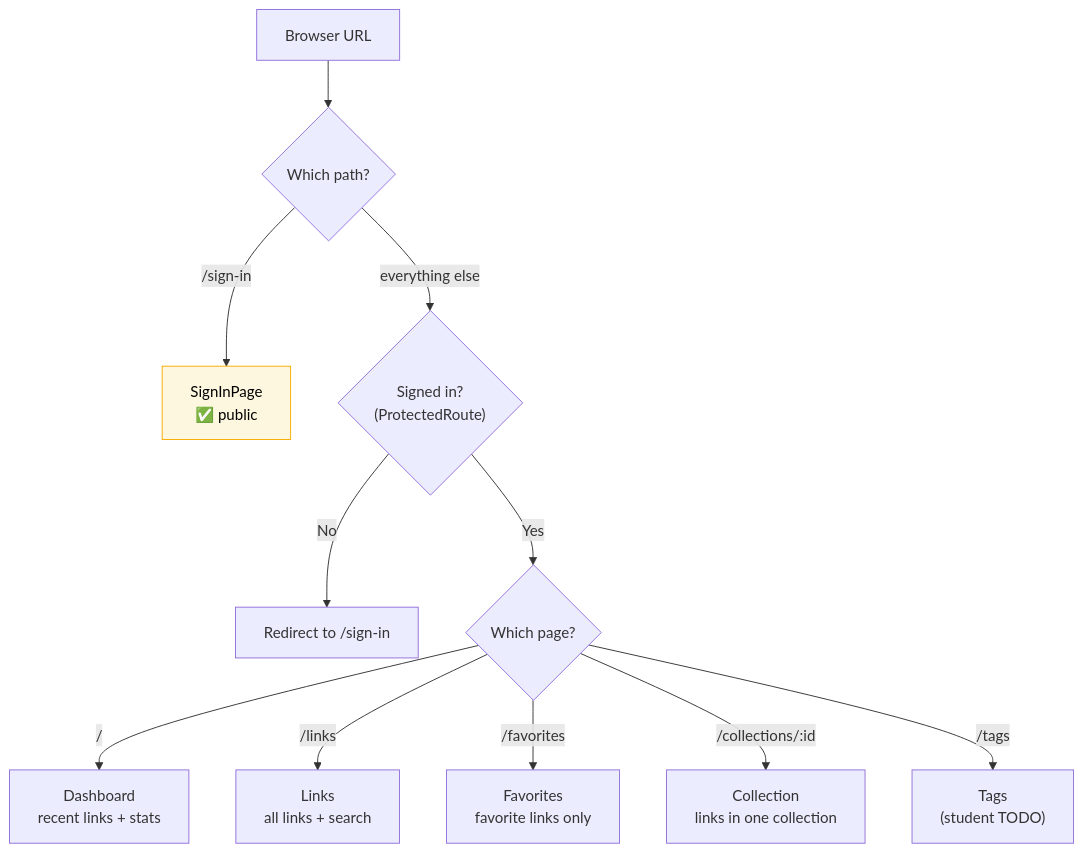
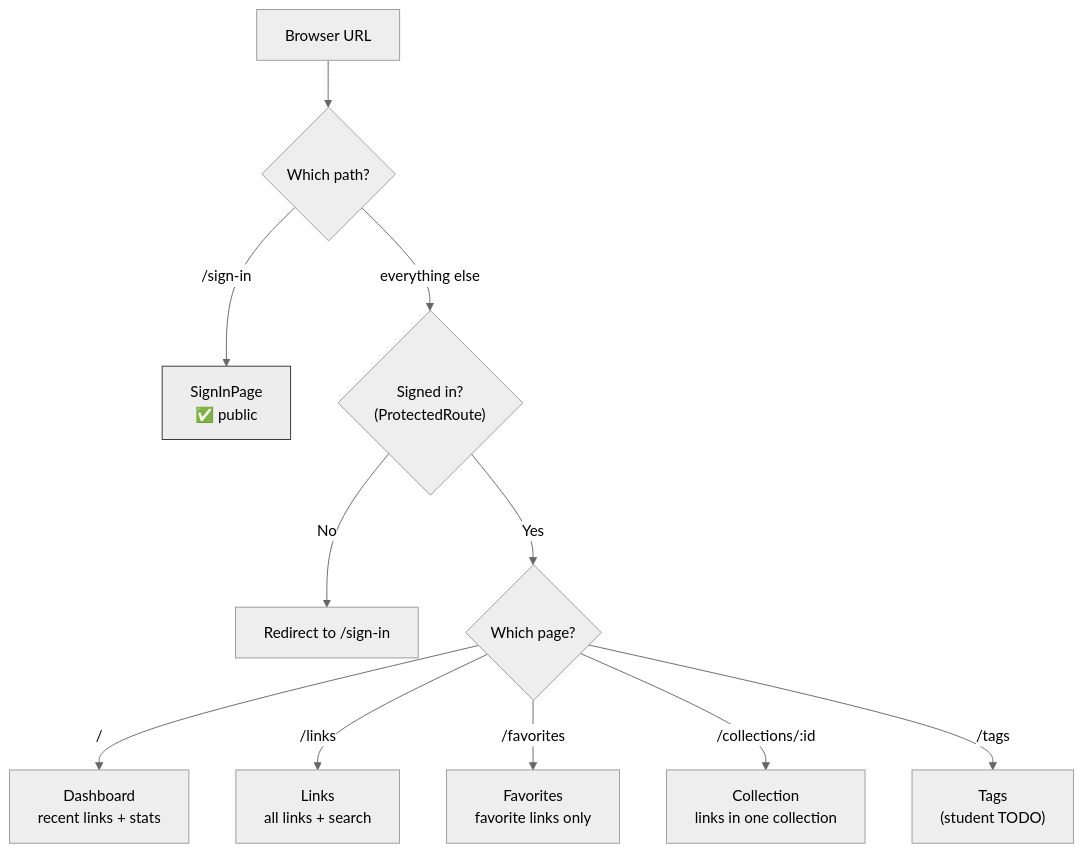
The fifth of 23 diagrams in docs/ARCHITECTURE.md (n10nce/project), drawn with Mermaid before and after one commit. The commit also changed other lines of this file and 24 other files, not shown here.

````diff
--- a/docs/ARCHITECTURE.md
+++ b/docs/ARCHITECTURE.md
@@ -228,18 +232,19 @@
 ```mermaid
+%%{init: {'theme':'neutral'}}%%
 flowchart TD
     URL["Browser URL"] --> R{"Which path?"}
     R -->|"/sign-in"| S["SignInPage<br/>✅ public"]
     R -->|"everything else"| G{"Signed in?<br/>(ProtectedRoute)"}
 
     G -->|"No"| Redirect["Redirect to /sign-in"]
     G -->|"Yes"| P{"Which page?"}
 
     P -->|"/"| D["Dashboard<br/>recent links + stats"]
     P -->|"/links"| L["Links<br/>all links + search"]
     P -->|"/favorites"| F["Favorites<br/>favorite links only"]
     P -->|"/collections/:id"| C["Collection<br/>links in one collection"]
     P -->|"/tags"| T["Tags<br/>(student TODO)"]
 
-    classDef pub fill:#fef7e0,stroke:#f9ab00,color:#000;
+    classDef pub fill:#ededed,stroke:#333333,color:#000;
     class S pub;
 ```
````
